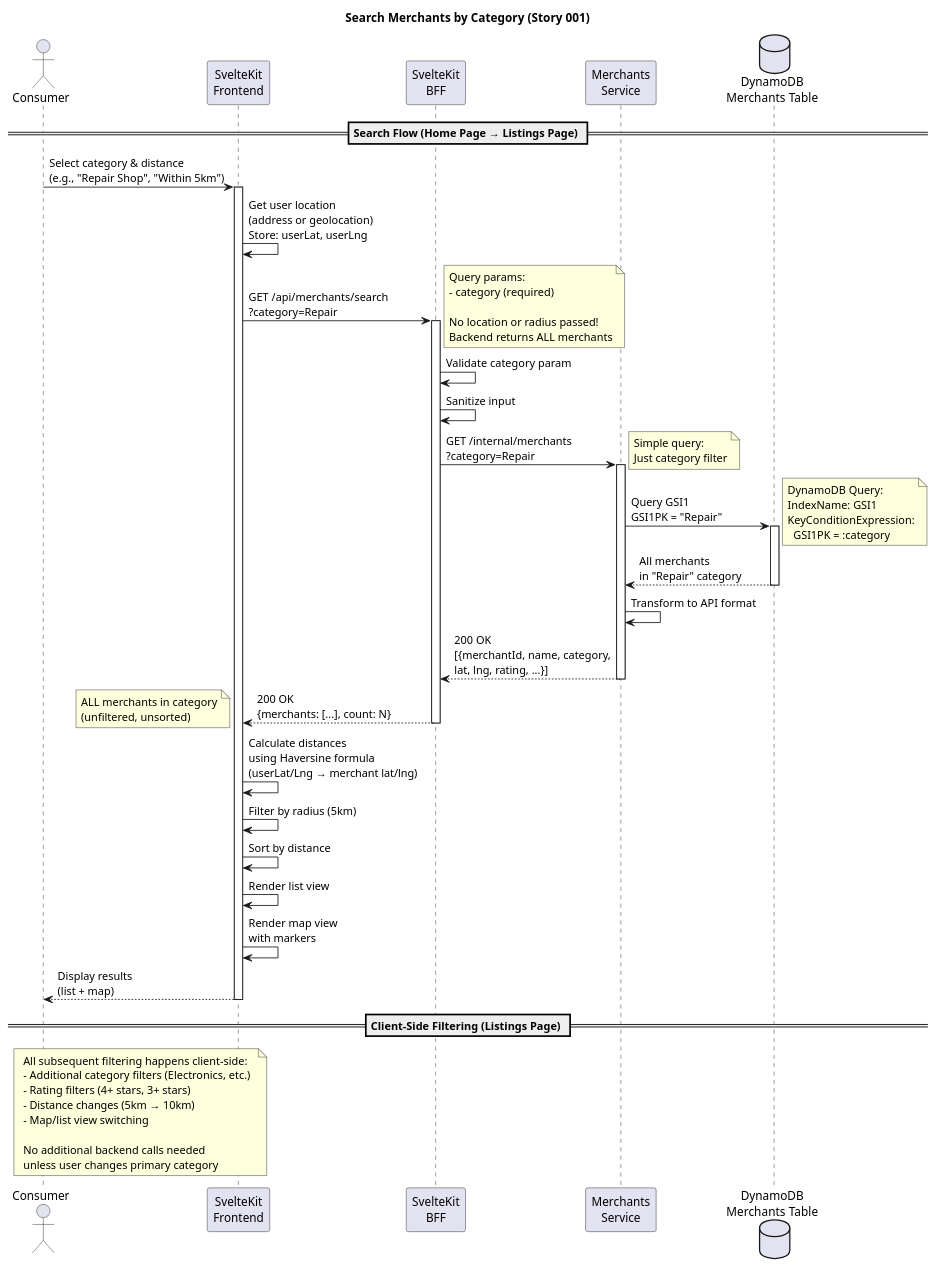
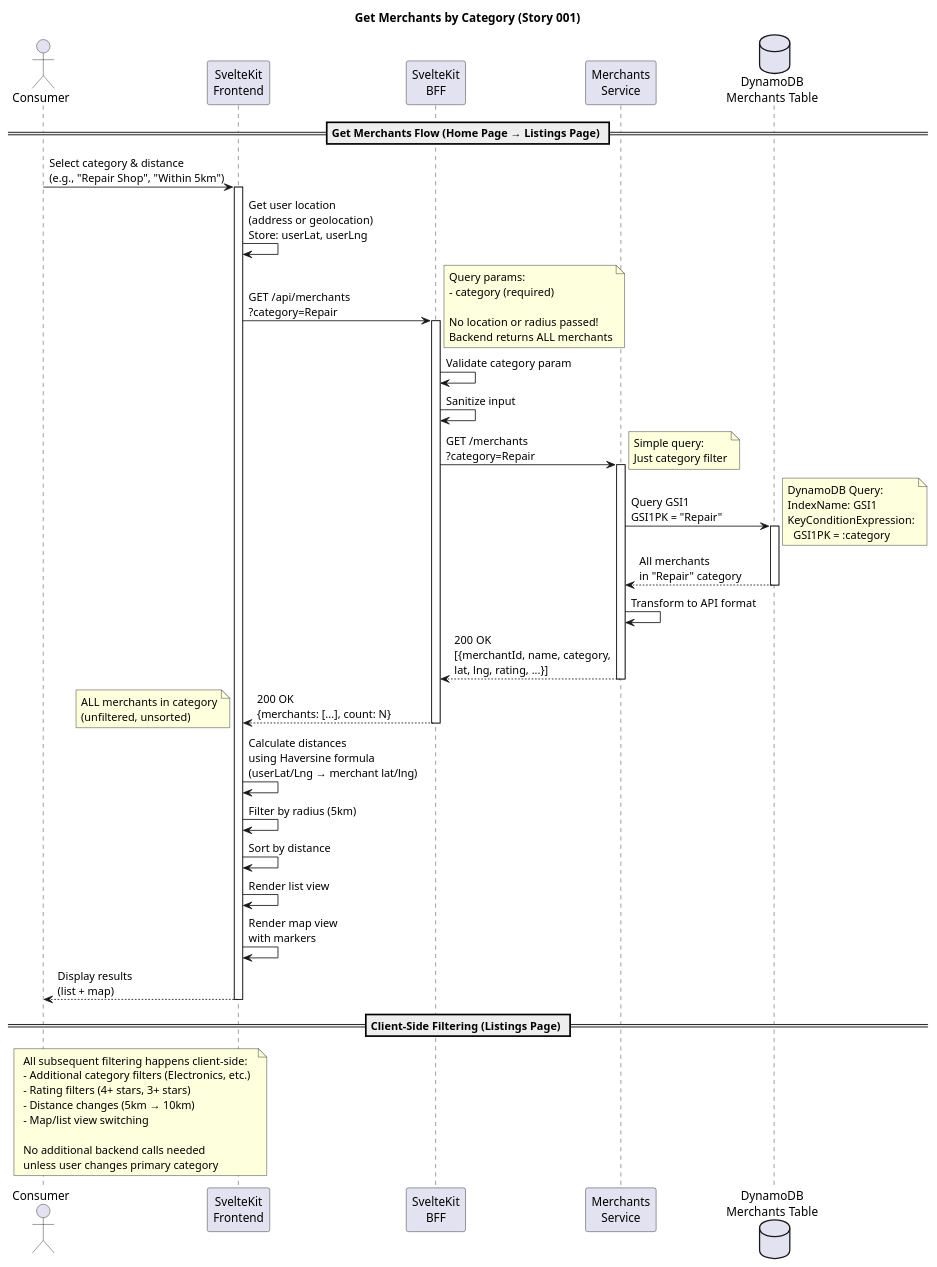
One commit to nickthiru3/smw-docs changed the diagram in project/specs/stories/consumers/browse-providers-by-waste-category/sequence-diagram.puml. Above: the diagram before and after it, drawn with PlantUML. The commit also changed 5 other files, not shown here.

First line of the commit message:
docs: refactor API endpoint naming from search to get for merchant queries

```diff
--- a/project/specs/stories/consumers/browse-providers-by-waste-category/sequence-diagram.puml
+++ b/project/specs/stories/consumers/browse-providers-by-waste-category/sequence-diagram.puml
@@ -1,65 +1,65 @@
-@startuml search-merchants-by-category
-title Search Merchants by Category (Story 001)
+@startuml get-merchants-by-category
+title Get Merchants by Category (Story 001)
 
 actor Consumer
 participant "SvelteKit\nFrontend" as UI
 participant "SvelteKit\nBFF" as BFF
 participant "Merchants\nService" as MerchantSvc
 database "DynamoDB\nMerchants Table" as DB
 
-== Search Flow (Home Page → Listings Page) ==
+== Get Merchants Flow (Home Page → Listings Page) ==
 
 Consumer -> UI: Select category & distance\n(e.g., "Repair Shop", "Within 5km")
 activate UI
 
 UI -> UI: Get user location\n(address or geolocation)\nStore: userLat, userLng
 
-UI -> BFF: GET /api/merchants/search\n?category=Repair
+UI -> BFF: GET /api/merchants\n?category=Repair
 activate BFF
 note right: Query params:\n- category (required)\n\nNo location or radius passed!\nBackend returns ALL merchants
 
 BFF -> BFF: Validate category param
 BFF -> BFF: Sanitize input
 
-BFF -> MerchantSvc: GET /internal/merchants\n?category=Repair
+BFF -> MerchantSvc: GET /merchants\n?category=Repair
 activate MerchantSvc
 note right: Simple query:\nJust category filter
 
 MerchantSvc -> DB: Query GSI1\nGSI1PK = "Repair"
 activate DB
 note right: DynamoDB Query:\nIndexName: GSI1\nKeyConditionExpression:\n  GSI1PK = :category
 
 DB --> MerchantSvc: All merchants\nin "Repair" category
 deactivate DB
 
 MerchantSvc -> MerchantSvc: Transform to API format
 MerchantSvc --> BFF: 200 OK\n[{merchantId, name, category,\nlat, lng, rating, ...}]
 deactivate MerchantSvc
 
 BFF --> UI: 200 OK\n{merchants: [...], count: N}
 deactivate BFF
 note left: ALL merchants in category\n(unfiltered, unsorted)
 
 UI -> UI: Calculate distances\nusing Haversine formula\n(userLat/Lng → merchant lat/lng)
 UI -> UI: Filter by radius (5km)
 UI -> UI: Sort by distance
 UI -> UI: Render list view
 UI -> UI: Render map view\nwith markers
 
 UI --> Consumer: Display results\n(list + map)
 deactivate UI
 
 == Client-Side Filtering (Listings Page) ==
 
 note over Consumer, UI
   All subsequent filtering happens client-side:
   - Additional category filters (Electronics, etc.)
   - Rating filters (4+ stars, 3+ stars)
   - Distance changes (5km → 10km)
   - Map/list view switching
   
   No additional backend calls needed
   unless user changes primary category
 end note
 
 @enduml
```
